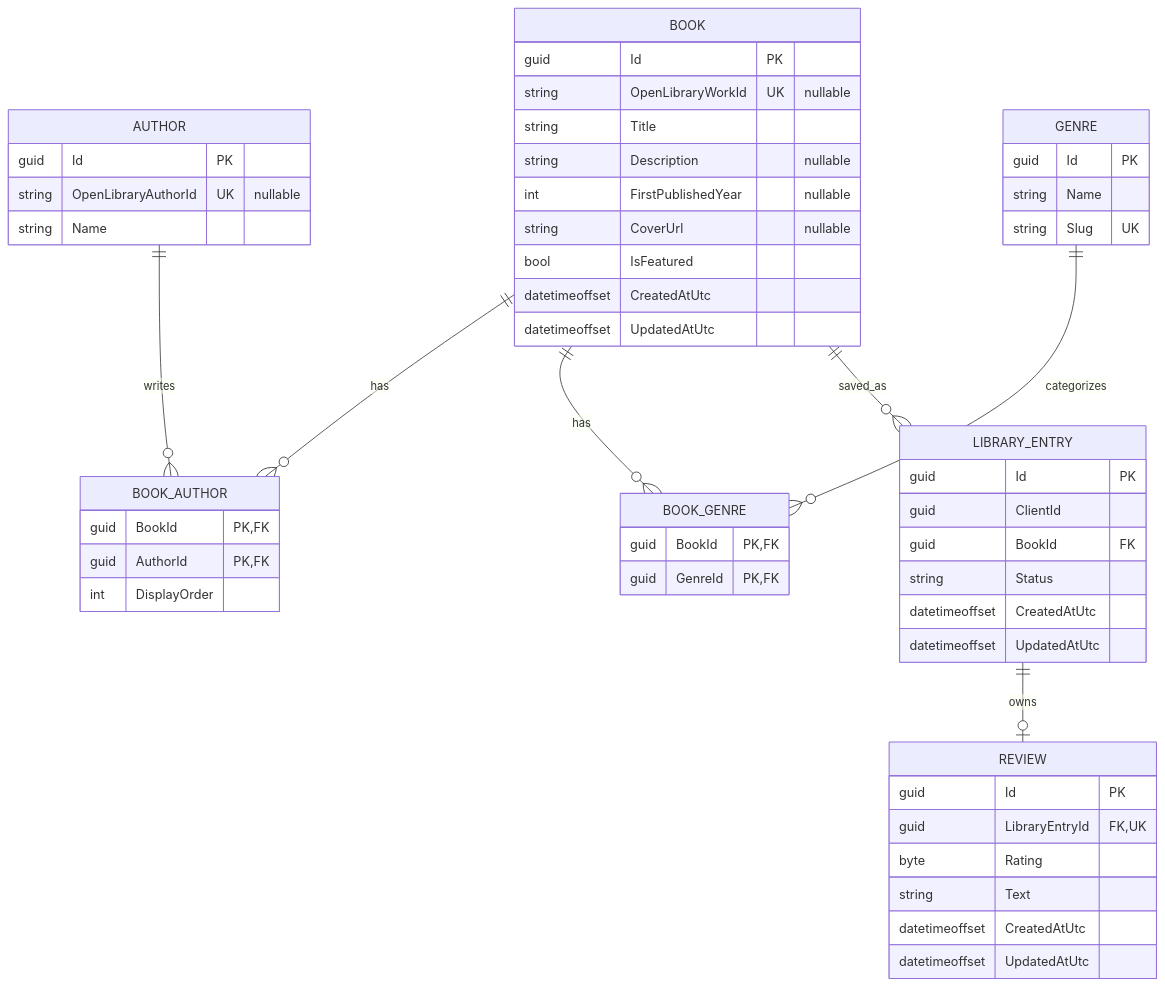
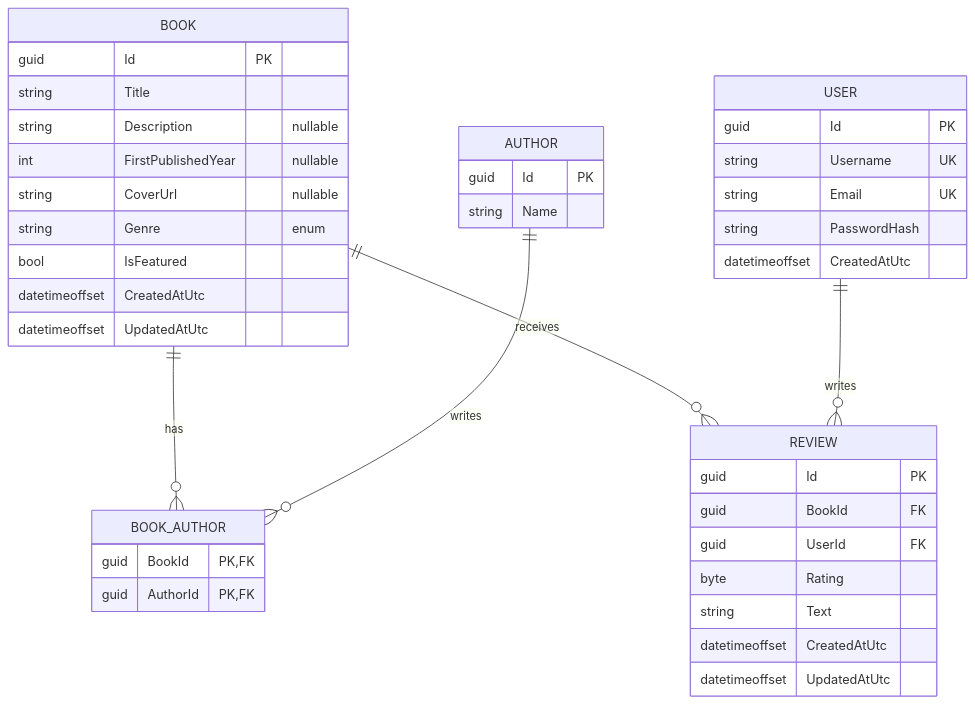
The diagram in implementation.md (HNikolov04/bookhaven), drawn with Mermaid before and after one commit. The commit also changed other lines of this file and 66 other files, not shown here.

````diff
--- a/implementation.md
+++ b/implementation.md
@@ -93,56 +54,43 @@
 ```mermaid
 erDiagram
     BOOK ||--o{ BOOK_AUTHOR : has
     AUTHOR ||--o{ BOOK_AUTHOR : writes
-    BOOK ||--o{ BOOK_GENRE : has
-    GENRE ||--o{ BOOK_GENRE : categorizes
-    BOOK ||--o{ LIBRARY_ENTRY : saved_as
-    LIBRARY_ENTRY ||--o| REVIEW : owns
+    BOOK ||--o{ REVIEW : receives
+    USER ||--o{ REVIEW : writes
 
     BOOK {
         guid Id PK
-        string OpenLibraryWorkId UK "nullable"
         string Title
         string Description "nullable"
         int FirstPublishedYear "nullable"
         string CoverUrl "nullable"
+        string Genre "enum"
         bool IsFeatured
         datetimeoffset CreatedAtUtc
         datetimeoffset UpdatedAtUtc
     }
     AUTHOR {
         guid Id PK
-        string OpenLibraryAuthorId UK "nullable"
         string Name
-    }
-    GENRE {
-        guid Id PK
-        string Name
-        string Slug UK
     }
     BOOK_AUTHOR {
         guid BookId PK,FK
         guid AuthorId PK,FK
-        int DisplayOrder
     }
-    BOOK_GENRE {
-        guid BookId PK,FK
-        guid GenreId PK,FK
-    }
-    LIBRARY_ENTRY {
+    USER {
         guid Id PK
-        guid ClientId
-        guid BookId FK
-        string Status
+        string Username UK
+        string Email UK
+        string PasswordHash
         datetimeoffset CreatedAtUtc
-        datetimeoffset UpdatedAtUtc
     }
     REVIEW {
         guid Id PK
-        guid LibraryEntryId FK,UK
+        guid BookId FK
+        guid UserId FK
         byte Rating
         string Text
         datetimeoffset CreatedAtUtc
         datetimeoffset UpdatedAtUtc
     }
 ```
````
